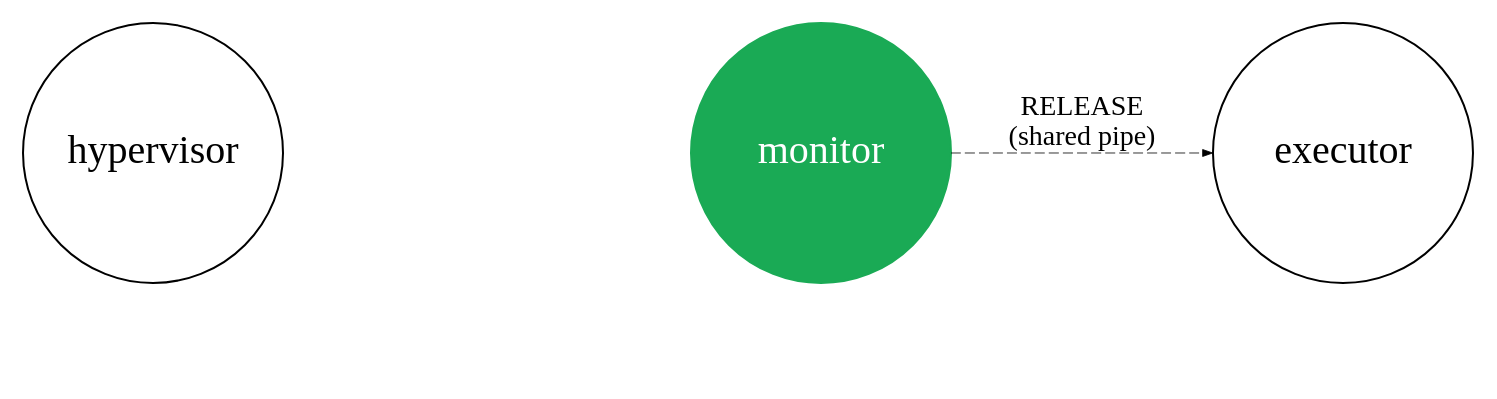
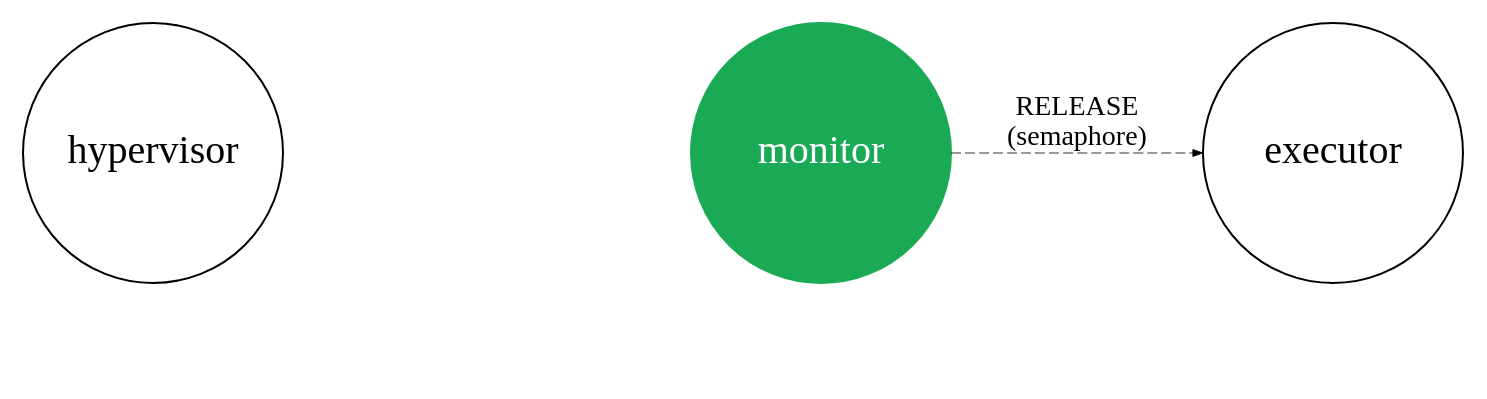
Before and after one commit to evomassiny/simple-scheduler: the diagram in doc/spawing-process/step-8-bis.dot, drawn with Graphviz. The commit also changed 8 other files, not shown here.

```diff
--- a/doc/spawing-process/step-8-bis.dot
+++ b/doc/spawing-process/step-8-bis.dot
@@ -1,18 +1,18 @@
 digraph step {
     rankdir="LR";
     ranksep=0.5;
 
     node[fontsize=20, shape=circle, width=1.8];
     edge[penwidth=0.4, arrowsize=0.5];
 
     "hypervisor";
     "monitor" [color="#1aaa55", style=filled, fontcolor=white];
     "executor";
 
     "tmp"[style=invis];
     "hypervisor" -> "tmp" [style=invis];
     "tmp" -> "monitor" [style=invis];
 
     "hypervisor" -> "monitor" [style=invis];
-    "monitor" -> "executor"[style=dashed, label="RELEASE\n(shared pipe)"];
+    "monitor" -> "executor"[style=dashed, label="RELEASE\n(semaphore)"];
 }
```
